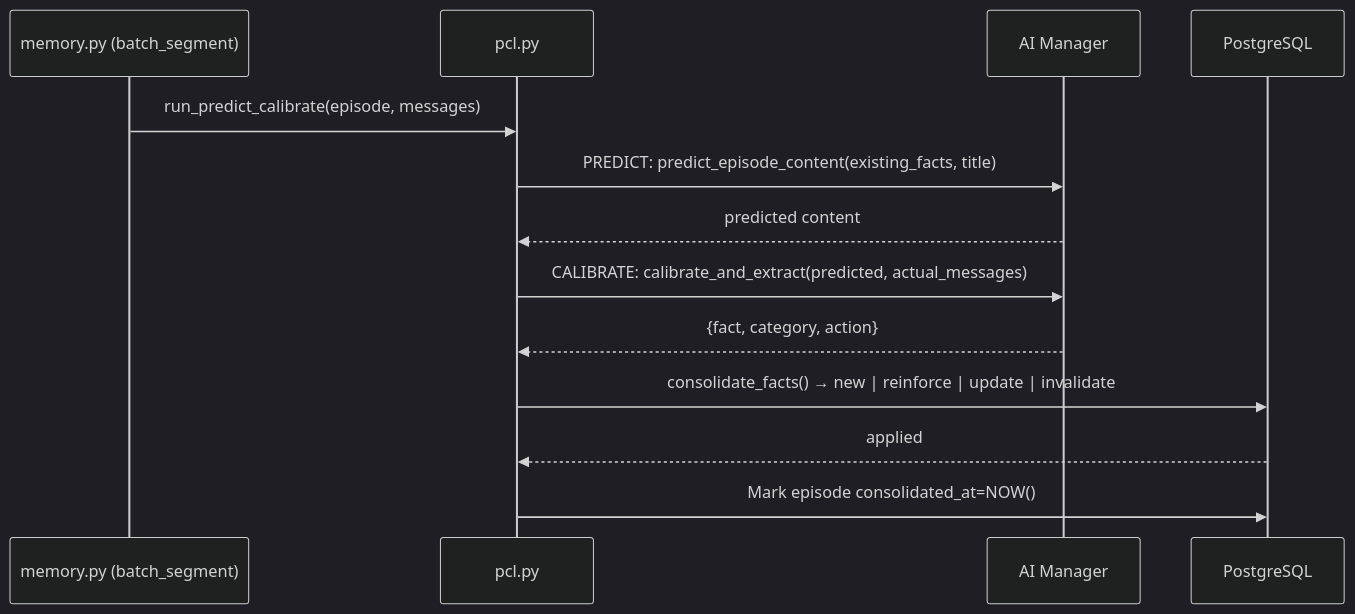
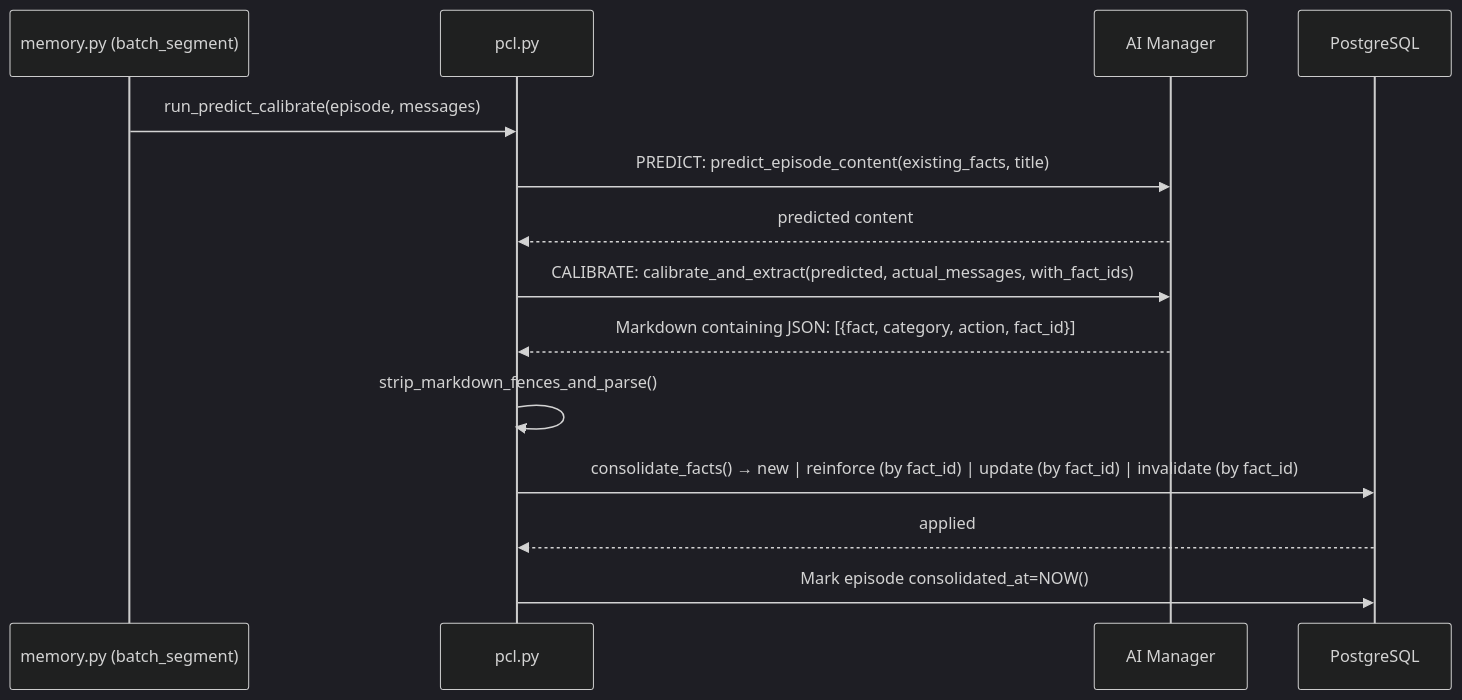
Before and after one commit to icedeyes12/yuzu-core: the third of 4 diagrams in docs/memory.md, drawn with Mermaid (dark theme). The commit also changed other lines of this file and 2 other files, not shown here.

Commit message:
docs: align documentation with refactored async, memory, and orchestration architectures

````diff
--- a/docs/memory.md
+++ b/docs/memory.md
@@ -184,16 +184,17 @@
 ```mermaid
 sequenceDiagram
     participant SEG as memory.py (batch_segment)
     participant PCL as pcl.py
     participant LLM as AI Manager
     participant DB as PostgreSQL
 
     SEG->>PCL: run_predict_calibrate(episode, messages)
     PCL->>LLM: PREDICT: predict_episode_content(existing_facts, title)
     LLM-->>PCL: predicted content
-    PCL->>LLM: CALIBRATE: calibrate_and_extract(predicted, actual_messages)
-    LLM-->>PCL: {fact, category, action}
-    PCL->>DB: consolidate_facts() → new | reinforce | update | invalidate
+    PCL->>LLM: CALIBRATE: calibrate_and_extract(predicted, actual_messages, with_fact_ids)
+    LLM-->>PCL: Markdown containing JSON: [{fact, category, action, fact_id}]
+    PCL->>PCL: strip_markdown_fences_and_parse()
+    PCL->>DB: consolidate_facts() → new | reinforce (by fact_id) | update (by fact_id) | invalidate (by fact_id)
     DB-->>PCL: applied
     PCL->>DB: Mark episode consolidated_at=NOW()
 ```
````
